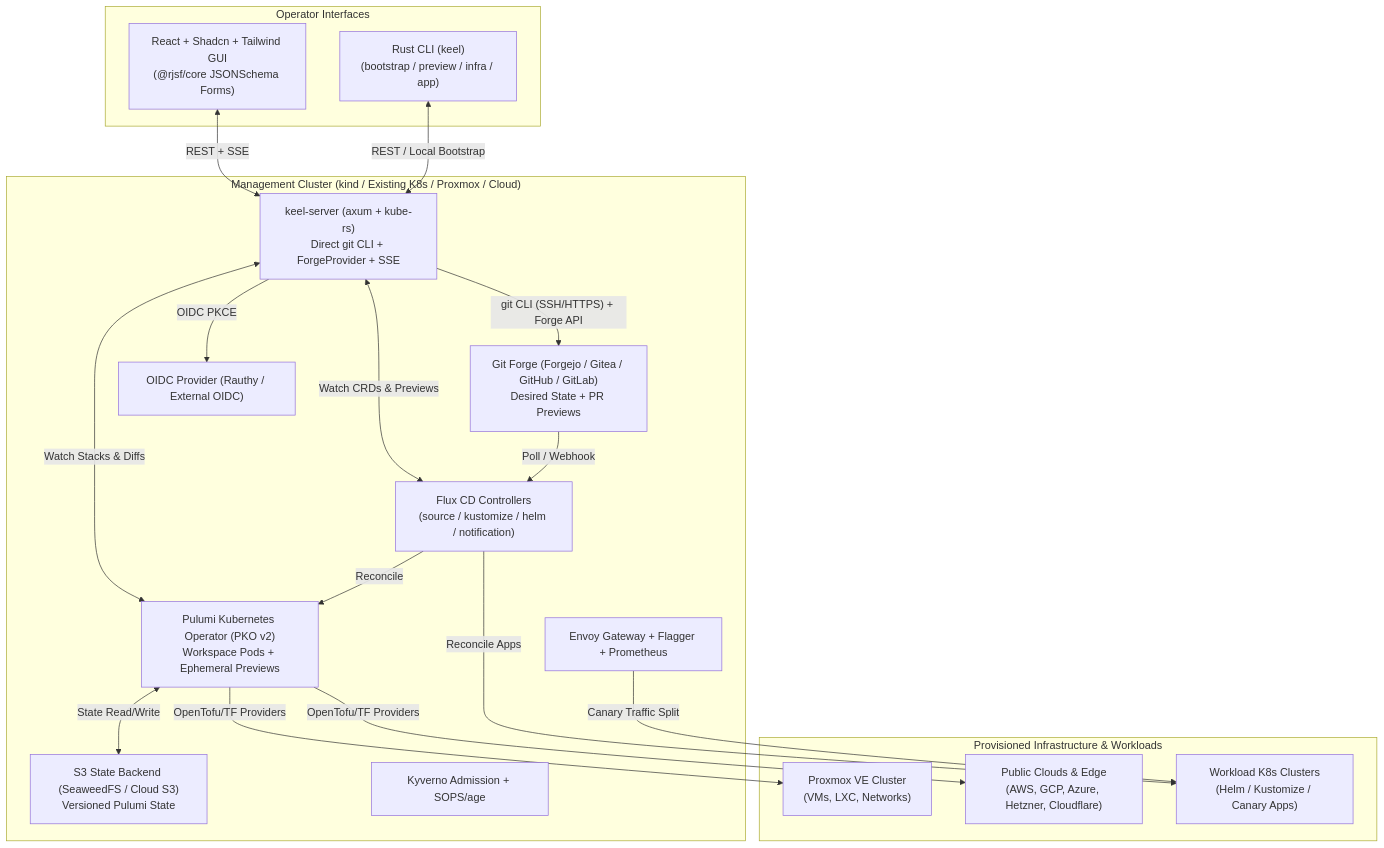
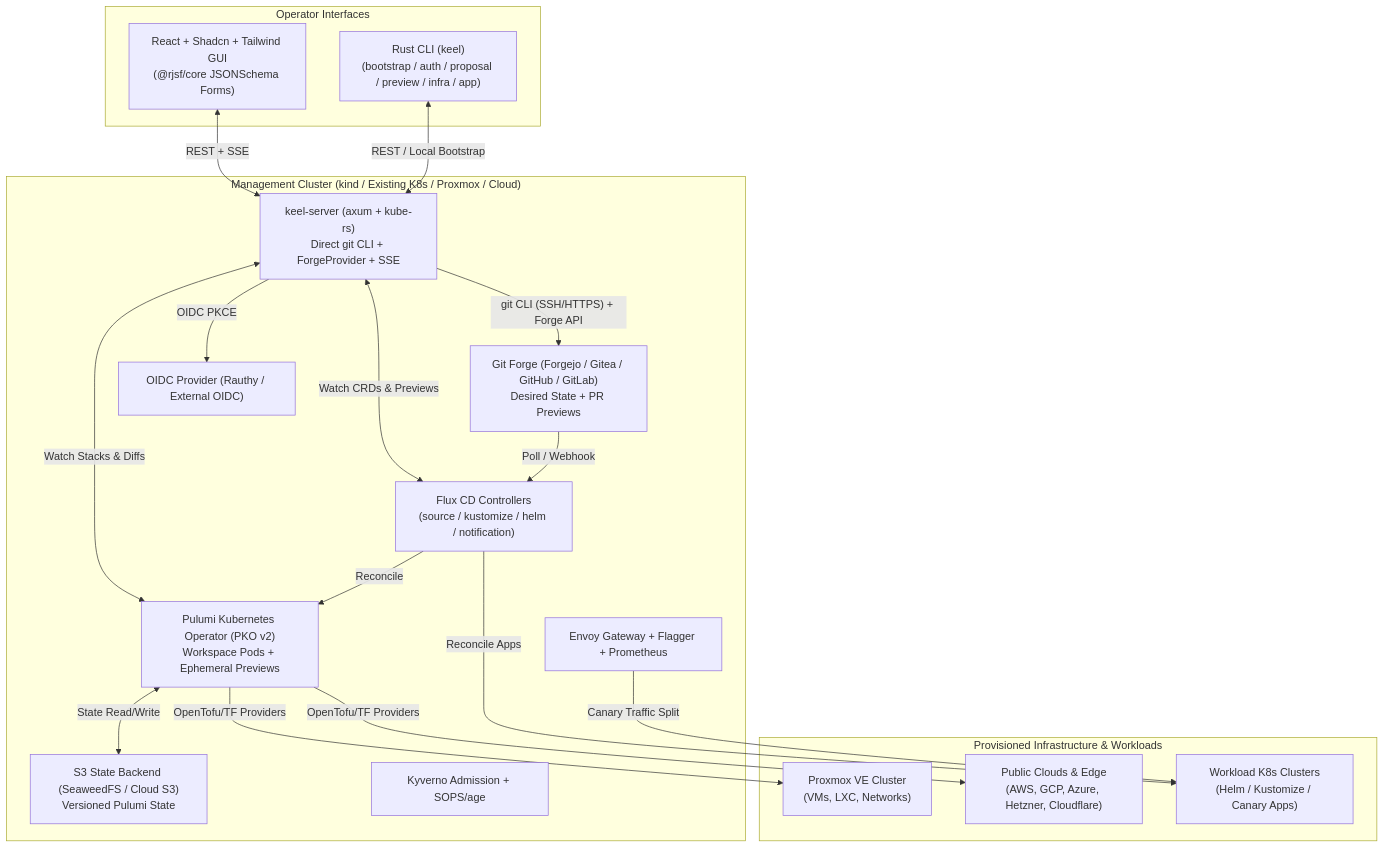
The diagram in README.md (rdylanwalker/keel), drawn with Mermaid before and after one commit. The commit also changed other lines of this file and 19 other files, not shown here.

````diff
--- a/README.md
+++ b/README.md
@@ -181,38 +207,38 @@
 ```mermaid
 flowchart TB
     subgraph Clients["Operator Interfaces"]
         GUI["React + Shadcn + Tailwind GUI<br/>(@rjsf/core JSONSchema Forms)"]
-        CLI["Rust CLI (keel)<br/>(bootstrap / preview / infra / app)"]
+        CLI["Rust CLI (keel)<br/>(bootstrap / auth / proposal / preview / infra / app)"]
     end
 
     subgraph ControlPlane["Management Cluster (kind / Existing K8s / Proxmox / Cloud)"]
         API["keel-server (axum + kube-rs)<br/>Direct git CLI + ForgeProvider + SSE"]
         S3["S3 State Backend (SeaweedFS / Cloud S3)<br/>Versioned Pulumi State"]
         FORGE["Git Forge (Forgejo / Gitea / GitHub / GitLab)<br/>Desired State + PR Previews"]
         OIDC["OIDC Provider (Rauthy / External OIDC)"]
         FLUX["Flux CD Controllers<br/>(source / kustomize / helm / notification)"]
         PKO["Pulumi Kubernetes Operator (PKO v2)<br/>Workspace Pods + Ephemeral Previews"]
         GUARD["Kyverno Admission + SOPS/age"]
         ENVOY["Envoy Gateway + Flagger + Prometheus"]
     end
 
     subgraph Targets["Provisioned Infrastructure & Workloads"]
         PVE["Proxmox VE Cluster<br/>(VMs, LXC, Networks)"]
         CLOUD["Public Clouds & Edge<br/>(AWS, GCP, Azure, Hetzner, Cloudflare)"]
         W_K8S["Workload K8s Clusters<br/>(Helm / Kustomize / Canary Apps)"]
     end
 
     GUI <-->|"REST + SSE"| API
     CLI <-->|"REST / Local Bootstrap"| API
     API -->|"OIDC PKCE"| OIDC
     API -->|"git CLI (SSH/HTTPS) + Forge API"| FORGE
     API <-->|"Watch CRDs & Previews"| FLUX
     API <-->|"Watch Stacks & Diffs"| PKO
     FORGE -->|"Poll / Webhook"| FLUX
     FLUX -->|"Reconcile"| PKO
     FLUX -->|"Reconcile Apps"| W_K8S
     PKO <-->|"State Read/Write"| S3
     PKO -->|"OpenTofu/TF Providers"| PVE
     PKO -->|"OpenTofu/TF Providers"| CLOUD
     ENVOY -->|"Canary Traffic Split"| W_K8S
 ```
````
